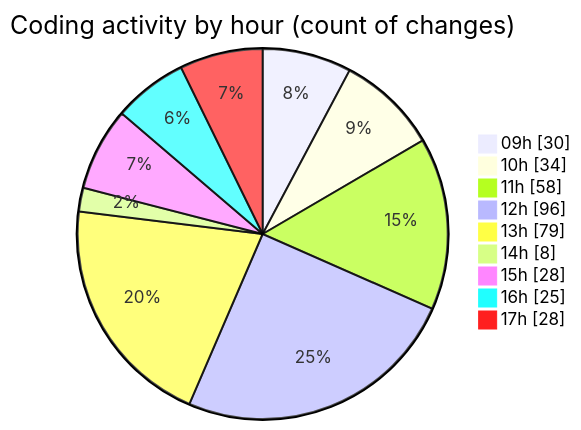
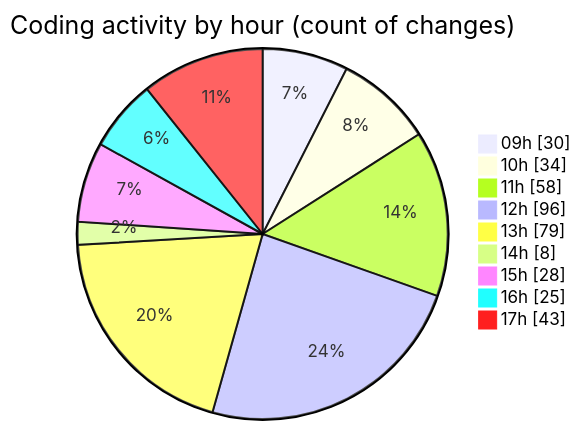
Before and after one commit to momahboobian/code-tracking: the second of 2 diagrams in 2025-04-02/cda/README.md, drawn with Mermaid. The commit also changed other lines of this file and 1 other file, not shown here.

````diff
--- a/2025-04-02/cda/README.md
+++ b/2025-04-02/cda/README.md
@@ -40,13 +40,13 @@
 ```mermaid
 pie showData
 title Coding activity by hour (count of changes)
 "09h" : 30
 "10h" : 34
 "11h" : 58
 "12h" : 96
 "13h" : 79
 "14h" : 8
 "15h" : 28
 "16h" : 25
-"17h" : 28
+"17h" : 43
 ```
````
